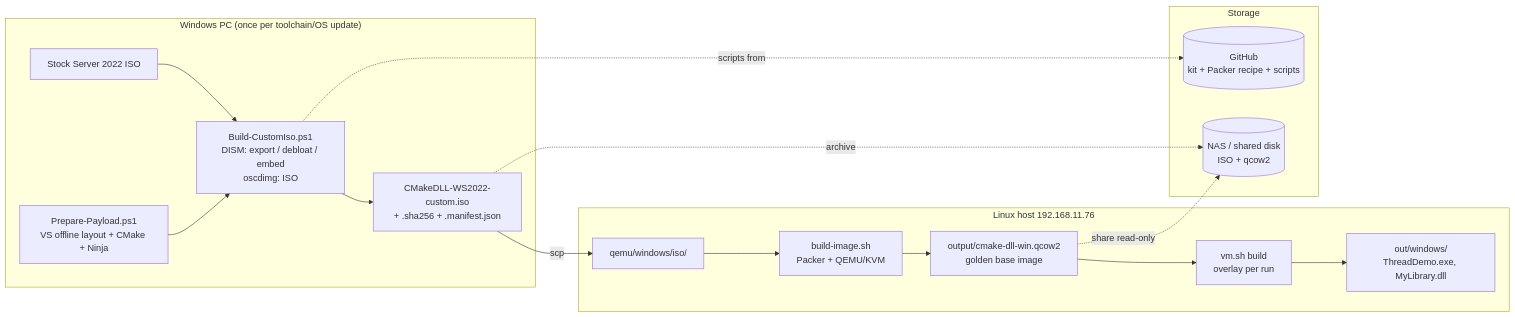
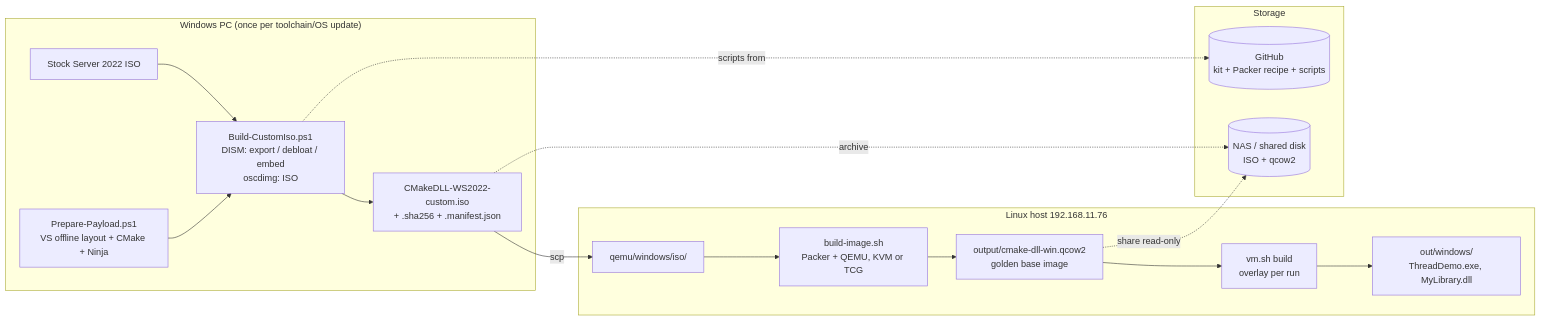
One commit to JohnBlue-git/Windows_CMake_Build changed the first of 2 diagrams in qemu/windows/iso-kit/README.md. Above: the diagram before and after it, drawn with Mermaid. The commit also changed 13 other files, not shown here.

Commit message:
docker - qemu version: to make cmake build for windows platform easy to verify on linux platorm

````diff
--- a/qemu/windows/iso-kit/README.md
+++ b/qemu/windows/iso-kit/README.md
@@ -29,22 +29,22 @@
 ```mermaid
 flowchart LR
     subgraph PC["Windows PC (once per toolchain/OS update)"]
         A[Stock Server 2022 ISO] --> C
         B[Prepare-Payload.ps1<br/>VS offline layout + CMake + Ninja] --> C
         C[Build-CustomIso.ps1<br/>DISM: export / debloat / embed<br/>oscdimg: ISO] --> D[CMakeDLL-WS2022-custom.iso<br/>+ .sha256 + .manifest.json]
     end
     subgraph HOST["Linux host 192.168.11.76"]
         D -- scp --> E[qemu/windows/iso/]
-        E --> F[build-image.sh<br/>Packer + QEMU/KVM]
+        E --> F[build-image.sh<br/>Packer + QEMU, KVM or TCG]
         F --> G[output/cmake-dll-win.qcow2<br/>golden base image]
         G --> H[vm.sh build<br/>overlay per run]
         H --> I[out/windows/<br/>ThreadDemo.exe, MyLibrary.dll]
     end
     subgraph STORE["Storage"]
         J[(GitHub<br/>kit + Packer recipe + scripts)]
         K[(NAS / shared disk<br/>ISO + qcow2)]
     end
     C -. scripts from .-> J
     D -. archive .-> K
     G -. share read-only .-> K
 ```
````
